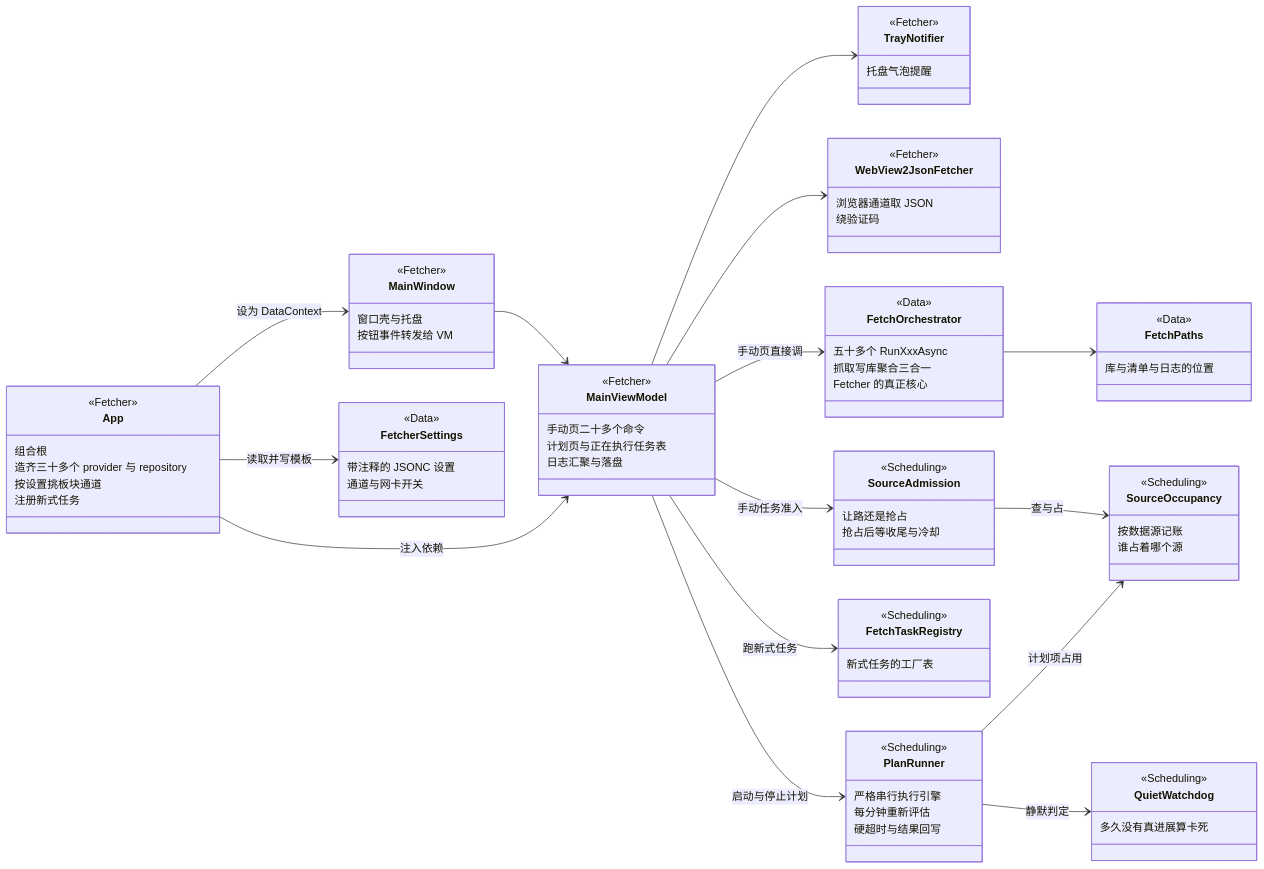
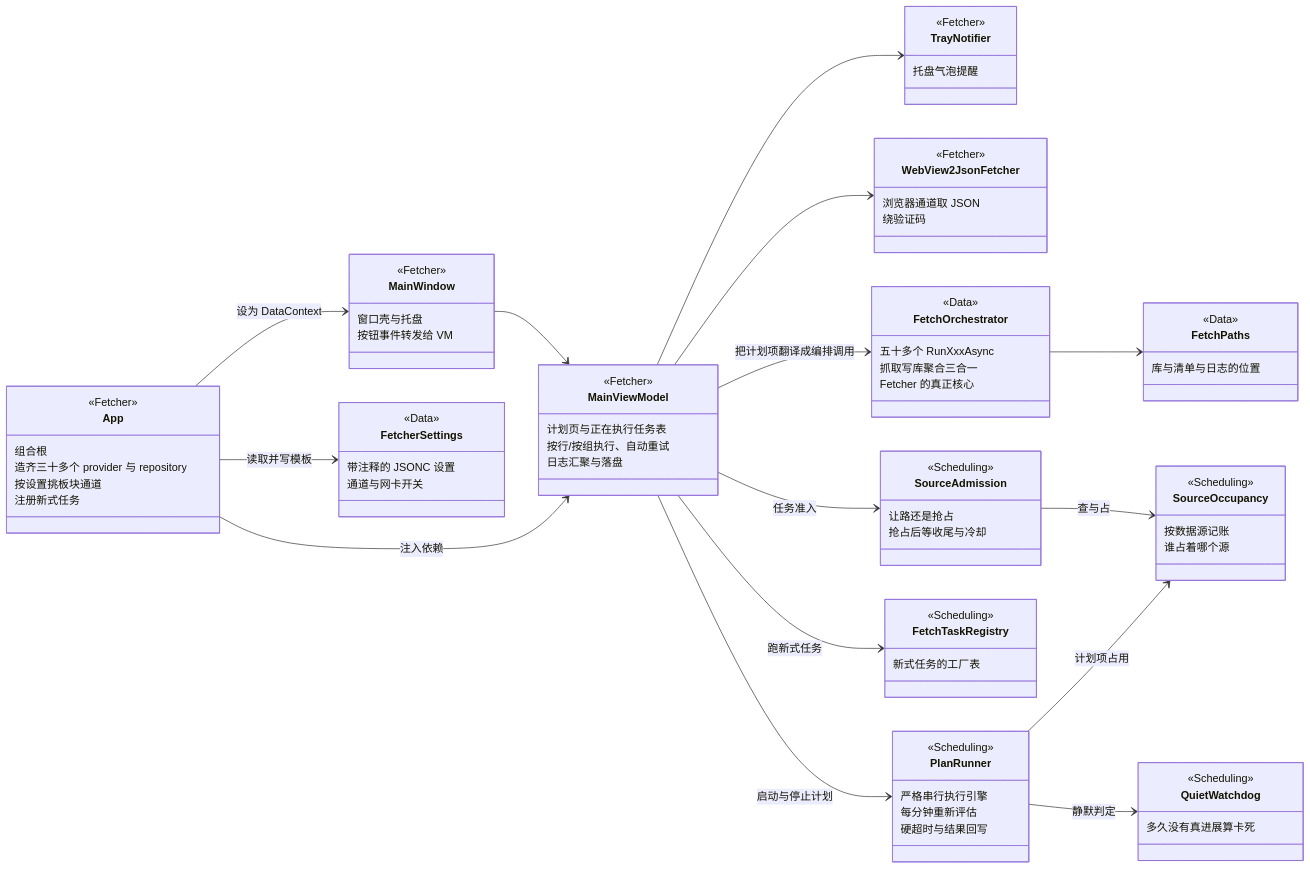
The second of 8 diagrams in doc/solution-class-map.md (lcq9732/stock), drawn with Mermaid before and after one commit. The commit also changed other lines of this file and 55 other files, not shown here.

```diff
--- a/doc/solution-class-map.md
+++ b/doc/solution-class-map.md
@@ -91,8 +93,8 @@
 }
 class MainViewModel {
   <<Fetcher>>
-  手动页二十多个命令
   计划页与正在执行任务表
+  按行/按组执行、自动重试
   日志汇聚与落盘
 }
 class TrayNotifier {
@@ -148,9 +150,9 @@
 App --> MainWindow : 设为 DataContext
 App --> FetcherSettings : 读取并写模板
 MainWindow --> MainViewModel
-MainViewModel --> FetchOrchestrator : 手动页直接调
+MainViewModel --> FetchOrchestrator : 把计划项翻译成编排调用
 MainViewModel --> PlanRunner : 启动与停止计划
-MainViewModel --> SourceAdmission : 手动任务准入
+MainViewModel --> SourceAdmission : 任务准入
 MainViewModel --> FetchTaskRegistry : 跑新式任务
 MainViewModel --> TrayNotifier
 MainViewModel --> WebView2JsonFetcher
```
